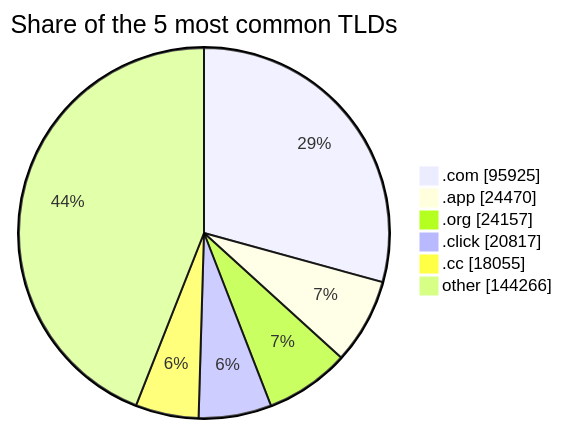
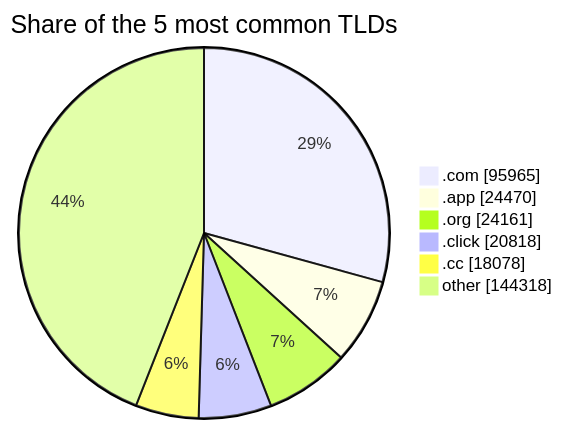
Before and after one commit to DNSBunker/CTI: the third of 3 diagrams in README.md, drawn with Mermaid. The commit also changed other lines of this file and 4 other files, not shown here.

````diff
--- a/README.md
+++ b/README.md
@@ -81,9 +81,9 @@
 ```mermaid
 pie showData title Share of the 5 most common TLDs
-    ".com" : 95925
+    ".com" : 95965
     ".app" : 24470
-    ".org" : 24157
-    ".click" : 20817
-    ".cc" : 18055
-    "other" : 144266
+    ".org" : 24161
+    ".click" : 20818
+    ".cc" : 18078
+    "other" : 144318
 ```
````
